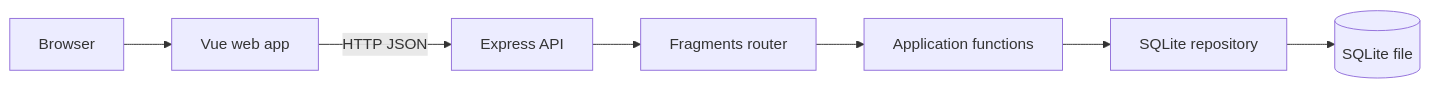
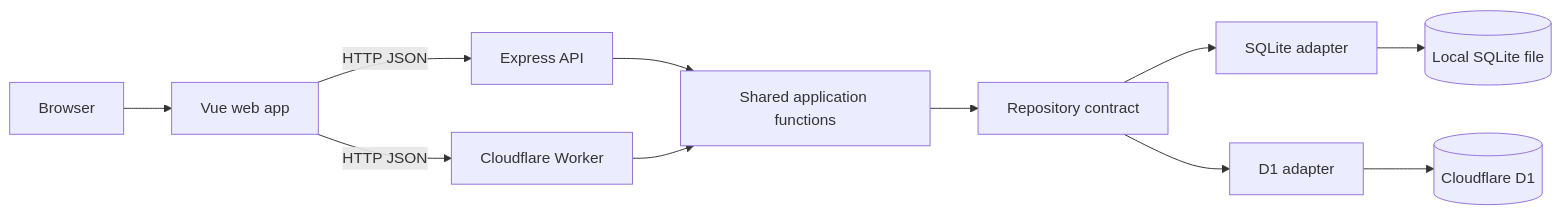
Before and after one commit to jlaguilargomez/fragments: the diagram in docs/architecture.md, drawn with Mermaid. The commit also changed other lines of this file and 19 other files, not shown here.

````diff
--- a/docs/architecture.md
+++ b/docs/architecture.md
@@ -5,9 +8,13 @@
 ```mermaid
 flowchart LR
   B[Browser] --> V[Vue web app]
   V -->|HTTP JSON| E[Express API]
-  E --> R[Fragments router]
-  R --> A[Application functions]
-  A --> S[SQLite repository]
-  S --> D[(SQLite file)]
+  V -->|HTTP JSON| W[Cloudflare Worker]
+  E --> A[Shared application functions]
+  W --> A
+  A --> S[Repository contract]
+  S --> L[SQLite adapter]
+  S --> D[D1 adapter]
+  L --> F[(Local SQLite file)]
+  D --> Q[(Cloudflare D1)]
 ```
````
